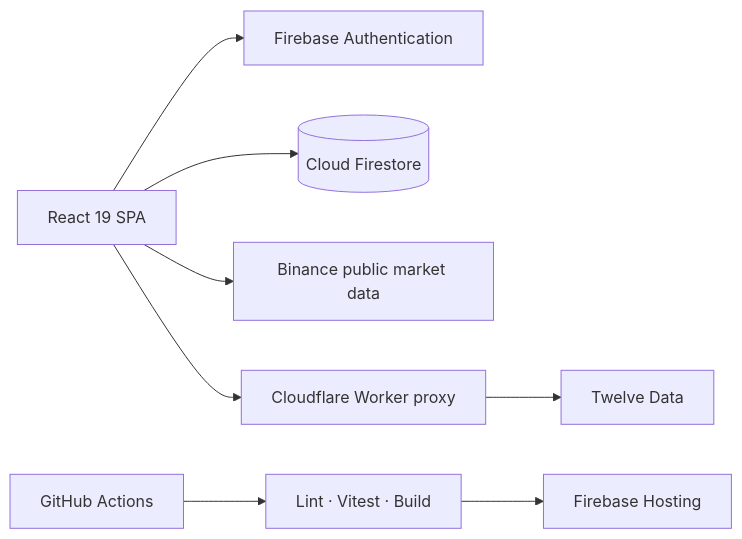
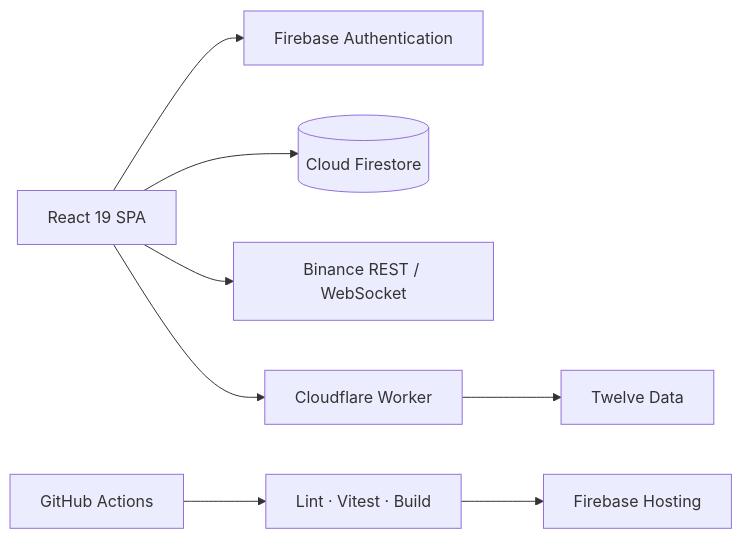
One commit to UMAR010FAROOQ/tradepilot changed the diagram in README.md. Above: the diagram before and after it, drawn with Mermaid. The commit also changed other lines of this file and 1 other file, not shown here.

````diff
--- a/README.md
+++ b/README.md
@@ -67,10 +96,10 @@
 ```mermaid
 flowchart LR
     UI[React 19 SPA] --> AUTH[Firebase Authentication]
     UI --> DB[(Cloud Firestore)]
-    UI --> BINANCE[Binance public market data]
-    UI --> WORKER[Cloudflare Worker proxy]
+    UI --> BINANCE[Binance REST / WebSocket]
+    UI --> WORKER[Cloudflare Worker]
     WORKER --> TWELVE[Twelve Data]
     CI[GitHub Actions] --> CHECKS[Lint · Vitest · Build]
     CHECKS --> HOSTING[Firebase Hosting]
 ```
````
